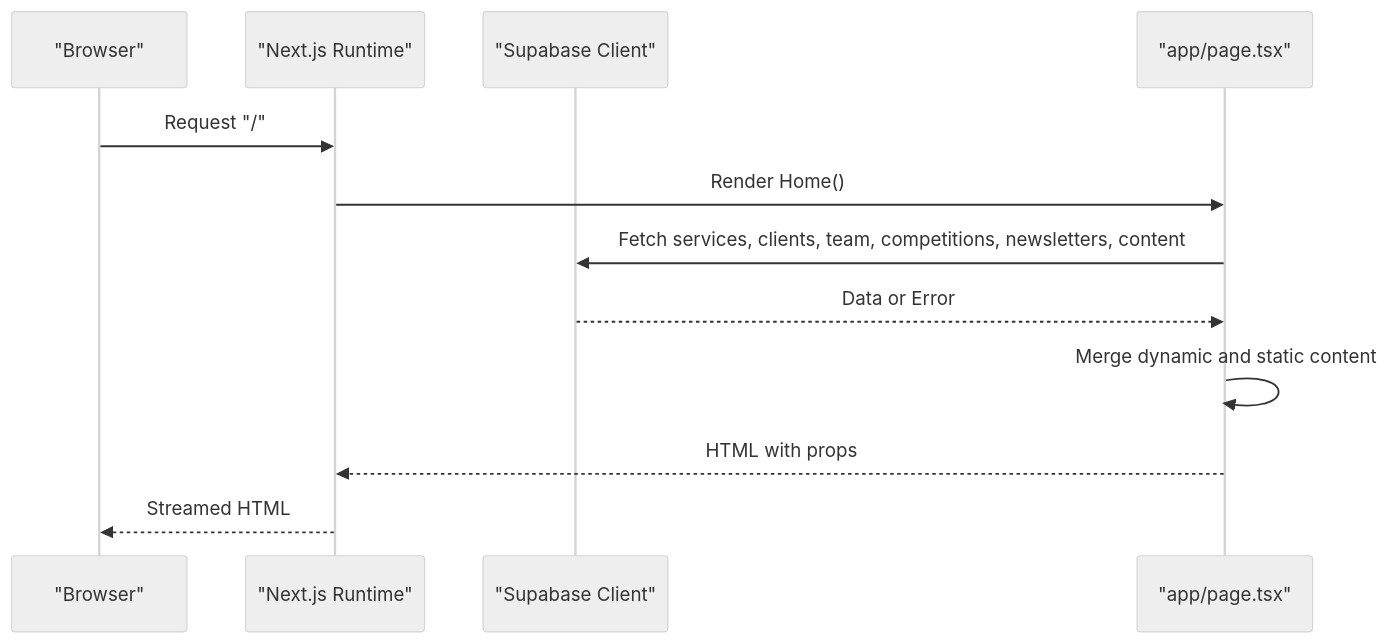
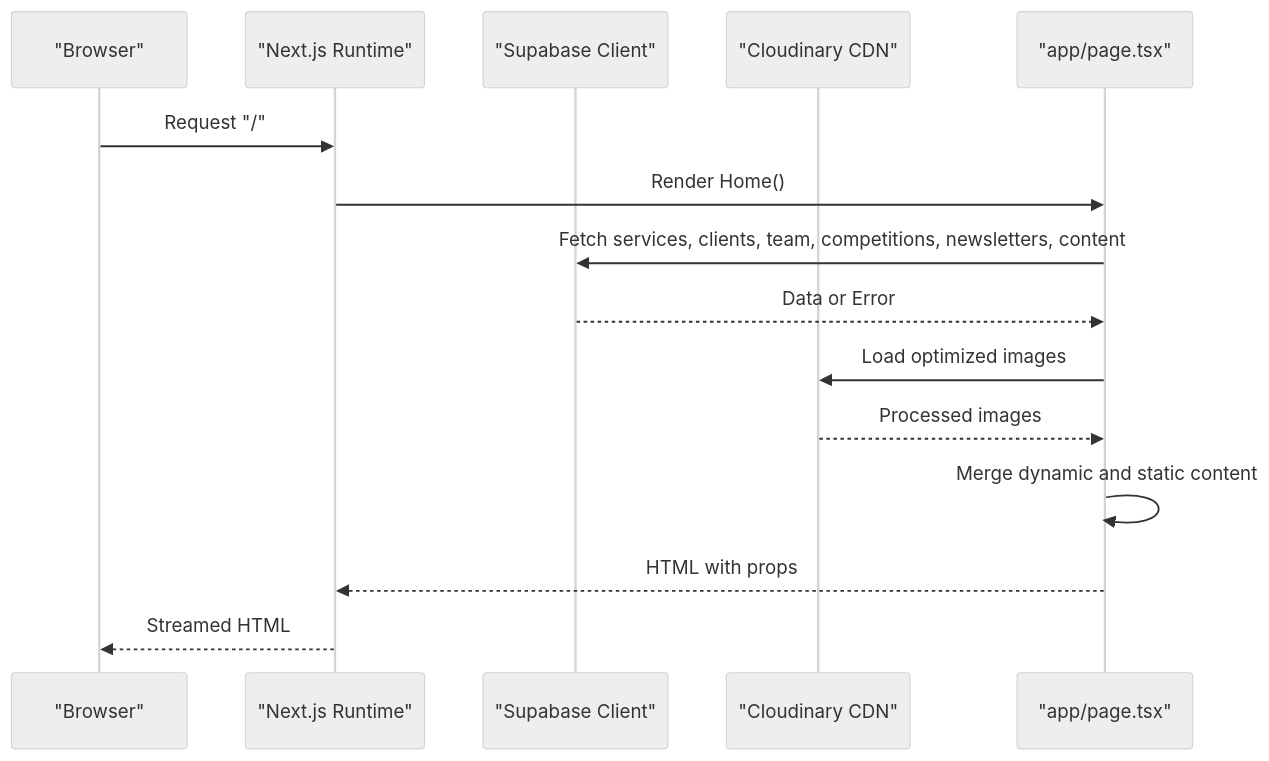
One commit to Black-box01/rhemaexpertsolutions changed the third of 4 diagrams in .qoder/repowiki/en/content/Configuration and Build/Next.js Configuration.md. Above: the diagram before and after it, drawn with Mermaid (neutral theme). The commit also changed other lines of this file and 37 other files, not shown here.

````diff
--- a/.qoder/repowiki/en/content/Configuration and Build/Next.js Configuration.md
+++ b/.qoder/repowiki/en/content/Configuration and Build/Next.js Configuration.md
@@ -191,14 +231,17 @@
 ```mermaid
 sequenceDiagram
 participant Browser as "Browser"
 participant Next as "Next.js Runtime"
 participant Supabase as "Supabase Client"
+participant Cloudinary as "Cloudinary CDN"
 participant Page as "app/page.tsx"
 Browser->>Next : Request "/"
 Next->>Page : Render Home()
 Page->>Supabase : Fetch services, clients, team, competitions, newsletters, content
 Supabase-->>Page : Data or Error
+Page->>Cloudinary : Load optimized images
+Cloudinary-->>Page : Processed images
 Page->>Page : Merge dynamic and static content
 Page-->>Next : HTML with props
 Next-->>Browser : Streamed HTML
 ```
````
